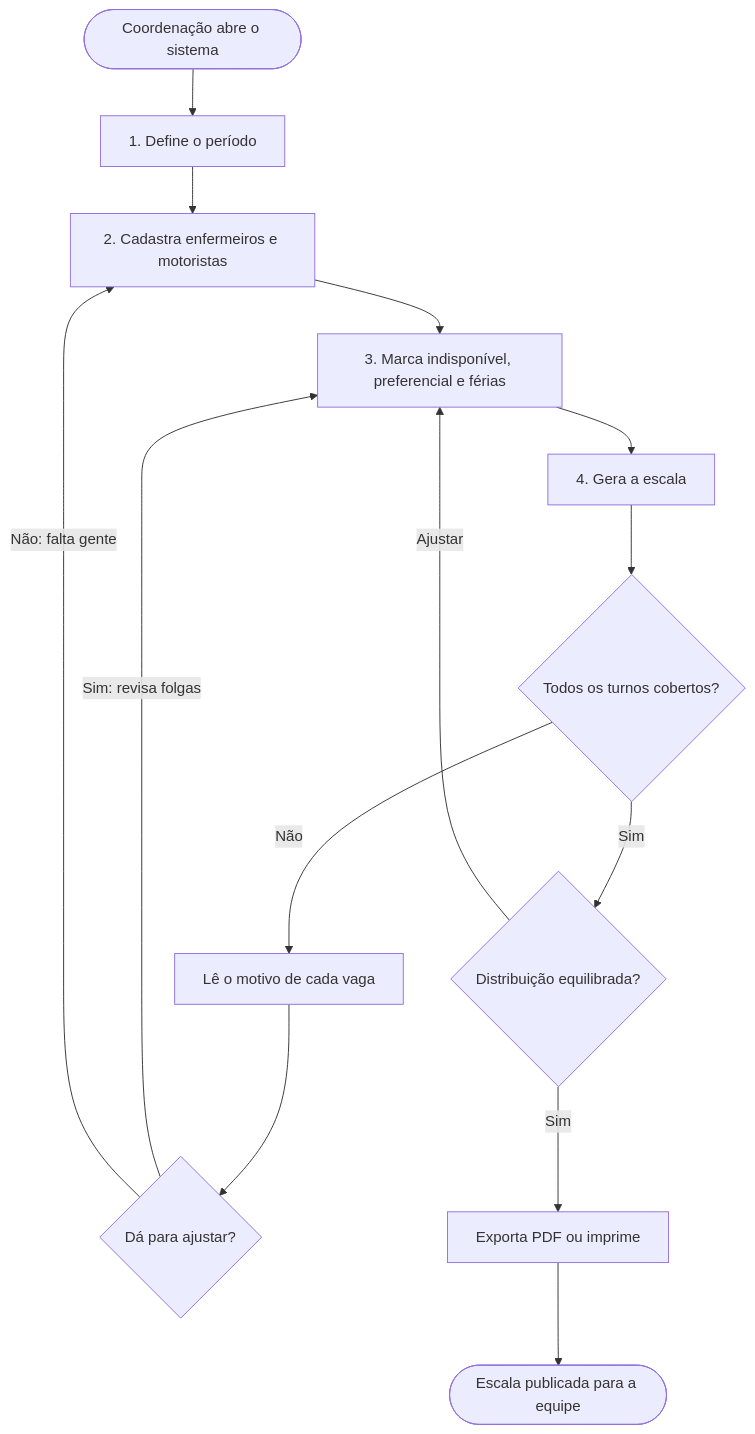
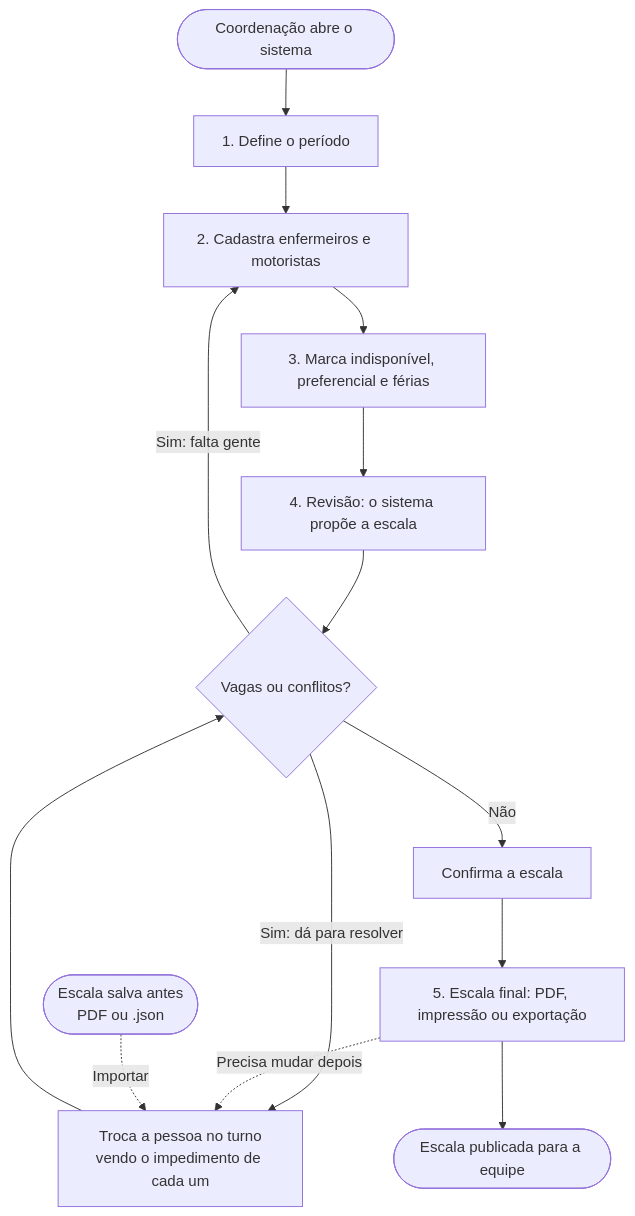
The first of 3 diagrams in docs/PORTFOLIO.md (CarlosAlvesSantosJr/escalas-de-plantao), drawn with Mermaid before and after one commit. The commit also changed other lines of this file and 6 other files, not shown here.

````diff
--- a/docs/PORTFOLIO.md
+++ b/docs/PORTFOLIO.md
@@ -53,16 +70,16 @@
 ```mermaid
 flowchart TD
     A([Coordenação abre o sistema]) --> B["1. Define o período"]
     B --> C["2. Cadastra enfermeiros e motoristas"]
     C --> D["3. Marca indisponível, preferencial e férias"]
-    D --> E["4. Gera a escala"]
-    E --> F{"Todos os turnos cobertos?"}
-    F -- Não --> G["Lê o motivo de cada vaga"]
-    G --> H{"Dá para ajustar?"}
-    H -- "Sim: revisa folgas" --> D
-    H -- "Não: falta gente" --> C
-    F -- Sim --> I{"Distribuição equilibrada?"}
-    I -- Ajustar --> D
-    I -- Sim --> J["Exporta PDF ou imprime"]
-    J --> K([Escala publicada para a equipe])
+    D --> E["4. Revisão: o sistema propõe a escala"]
+    E --> F{"Vagas ou conflitos?"}
+    F -- "Sim: falta gente" --> C
+    F -- "Sim: dá para resolver" --> G["Troca a pessoa no turno<br/>vendo o impedimento de cada um"]
+    G --> F
+    F -- Não --> H["Confirma a escala"]
+    H --> I["5. Escala final: PDF, impressão ou exportação"]
+    I --> K([Escala publicada para a equipe])
+    I -. "Precisa mudar depois" .-> G
+    L(["Escala salva antes<br/>PDF ou .json"]) -. Importar .-> G
 ```
````
